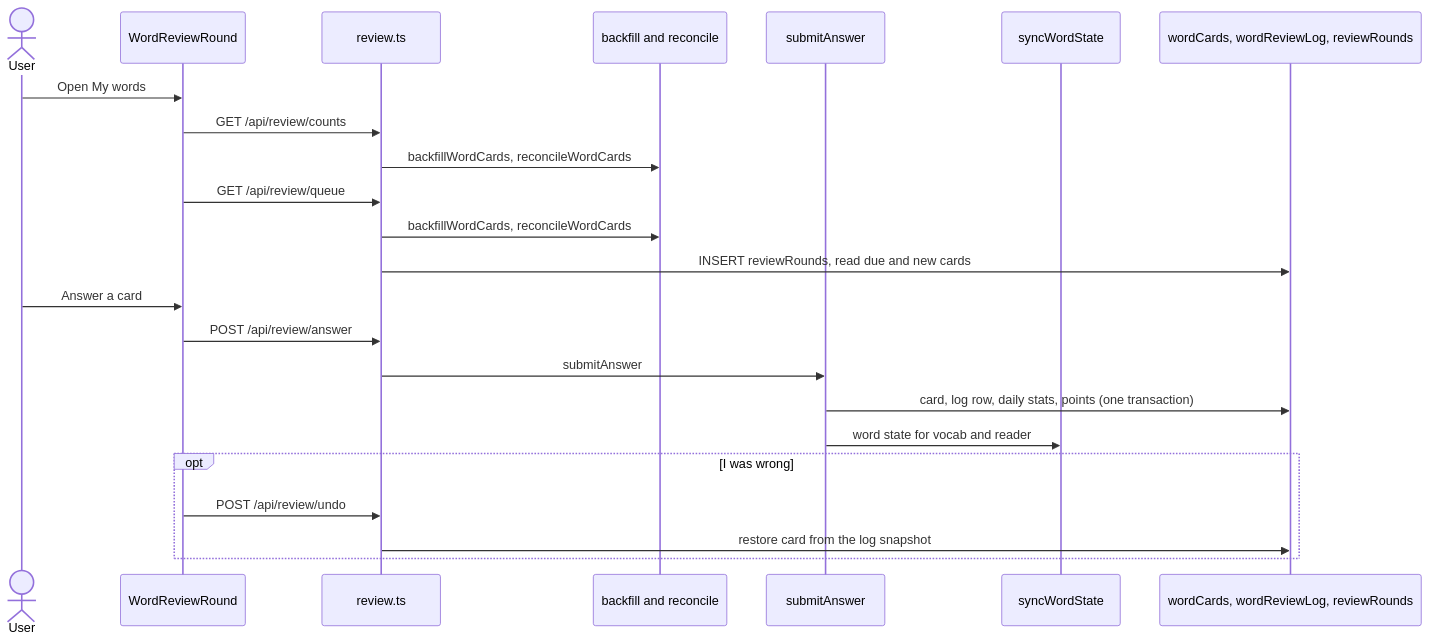
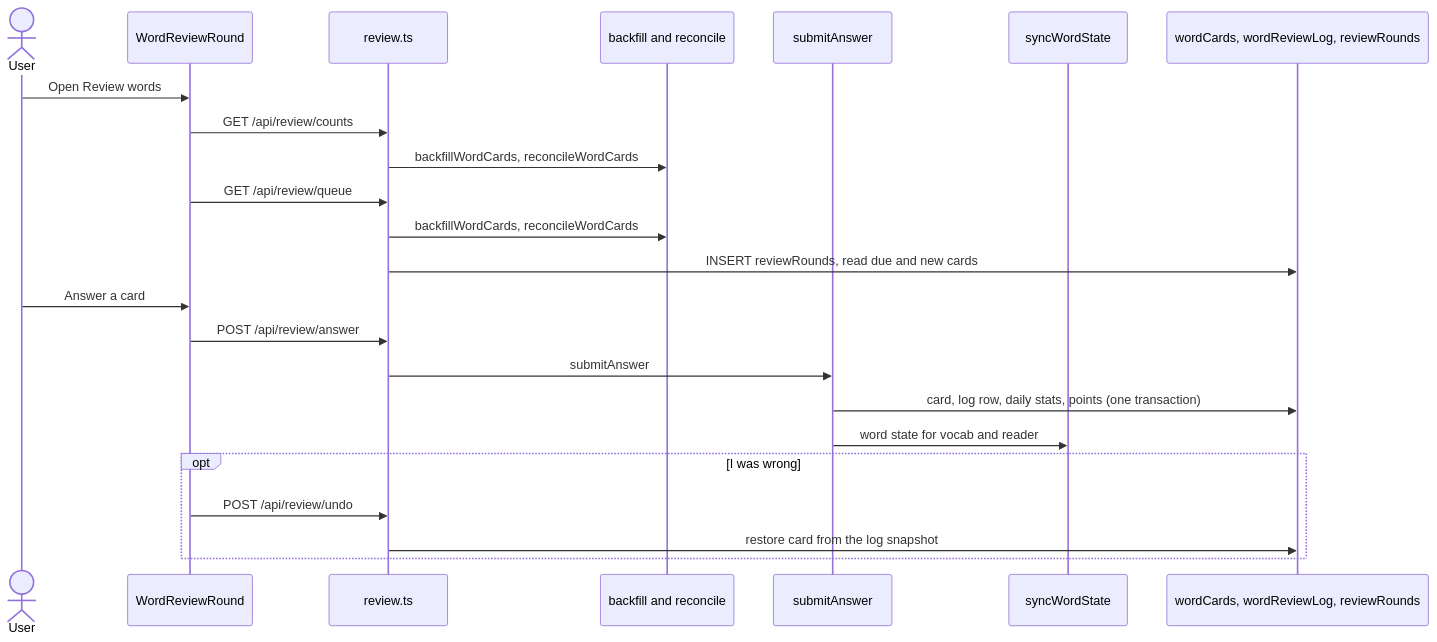
Before and after one commit to Huu-Xiang/lector: the first of 2 diagrams in docs/flows/practice.md, drawn with Mermaid. The commit also changed other lines of this file and 44 other files, not shown here.

````diff
--- a/docs/flows/practice.md
+++ b/docs/flows/practice.md
@@ -29,26 +29,26 @@
 ```mermaid
 sequenceDiagram
   actor User
   participant UI as WordReviewRound
   participant API as review.ts
   participant Prep as backfill and reconcile
   participant Ans as submitAnswer
   participant Sync as syncWordState
   participant DB as wordCards, wordReviewLog, reviewRounds
 
-  User->>UI: Open My words
+  User->>UI: Open Review words
   UI->>API: GET /api/review/counts
   API->>Prep: backfillWordCards, reconcileWordCards
   UI->>API: GET /api/review/queue
   API->>Prep: backfillWordCards, reconcileWordCards
   API->>DB: INSERT reviewRounds, read due and new cards
   User->>UI: Answer a card
   UI->>API: POST /api/review/answer
   API->>Ans: submitAnswer
   Ans->>DB: card, log row, daily stats, points (one transaction)
   Ans->>Sync: word state for vocab and reader
   opt I was wrong
     UI->>API: POST /api/review/undo
     API->>DB: restore card from the log snapshot
   end
 ```
````
